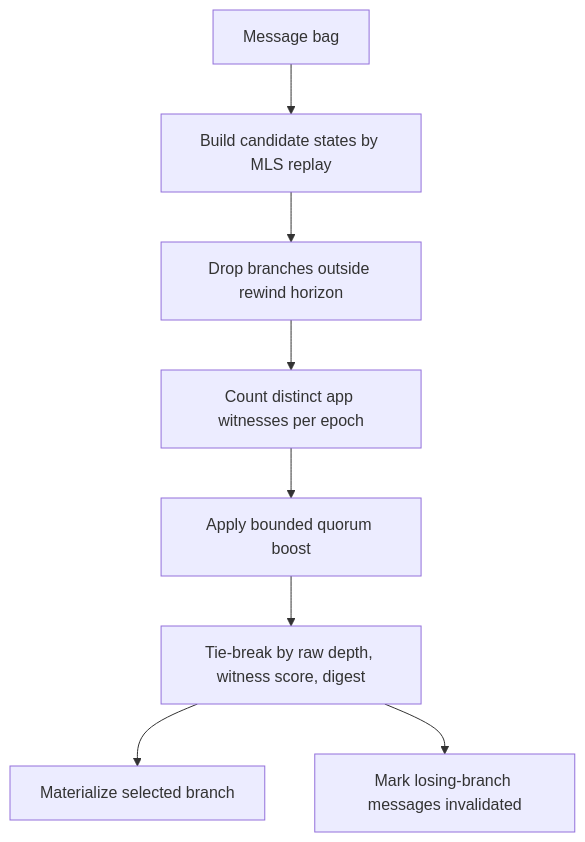
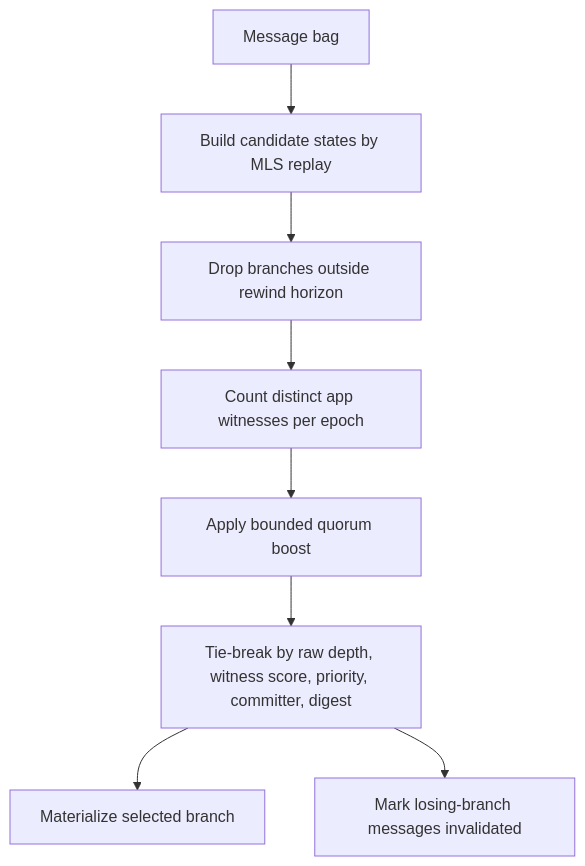
One commit to marmot-protocol/mdk changed the third of 3 diagrams in docs/marmot-architecture/distributed-convergence.md. Above: the diagram before and after it, drawn with Mermaid. The commit also changed other lines of this file and 19 other files, not shown here.

````diff
--- a/docs/marmot-architecture/distributed-convergence.md
+++ b/docs/marmot-architecture/distributed-convergence.md
@@ -142,10 +147,10 @@
 ```mermaid
 flowchart TD
     A["Message bag"] --> B["Build candidate states by MLS replay"]
     B --> C["Drop branches outside rewind horizon"]
     C --> D["Count distinct app witnesses per epoch"]
     D --> E["Apply bounded quorum boost"]
-    E --> F["Tie-break by raw depth, witness score, digest"]
+    E --> F["Tie-break by raw depth, witness score, priority, committer, digest"]
     F --> G["Materialize selected branch"]
     F --> H["Mark losing-branch messages invalidated"]
 ```
````
